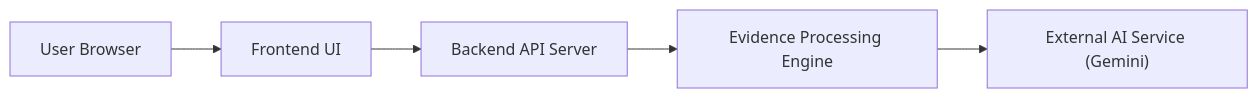
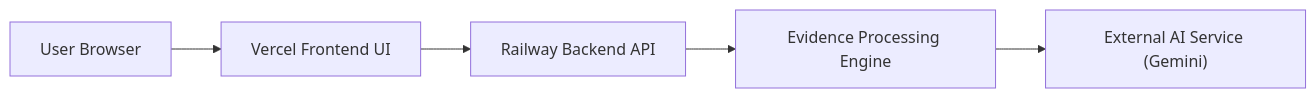
One commit to Godwin1603/smart-evidence-writer changed the diagram in docs/deployment.md. Above: the diagram before and after it, drawn with Mermaid. The commit also changed other lines of this file and 13 other files, not shown here.

Commit message:
Fix Railway and Vercel deployment configuration

````diff
--- a/docs/deployment.md
+++ b/docs/deployment.md
@@ -9,7 +16,7 @@
 ```mermaid
 flowchart LR
-    U["User Browser"] --> F["Frontend UI"]
-    F --> B["Backend API Server"]
+    U["User Browser"] --> F["Vercel Frontend UI"]
+    F --> B["Railway Backend API"]
     B --> E["Evidence Processing Engine"]
     E --> G["External AI Service (Gemini)"]
 ```
````
